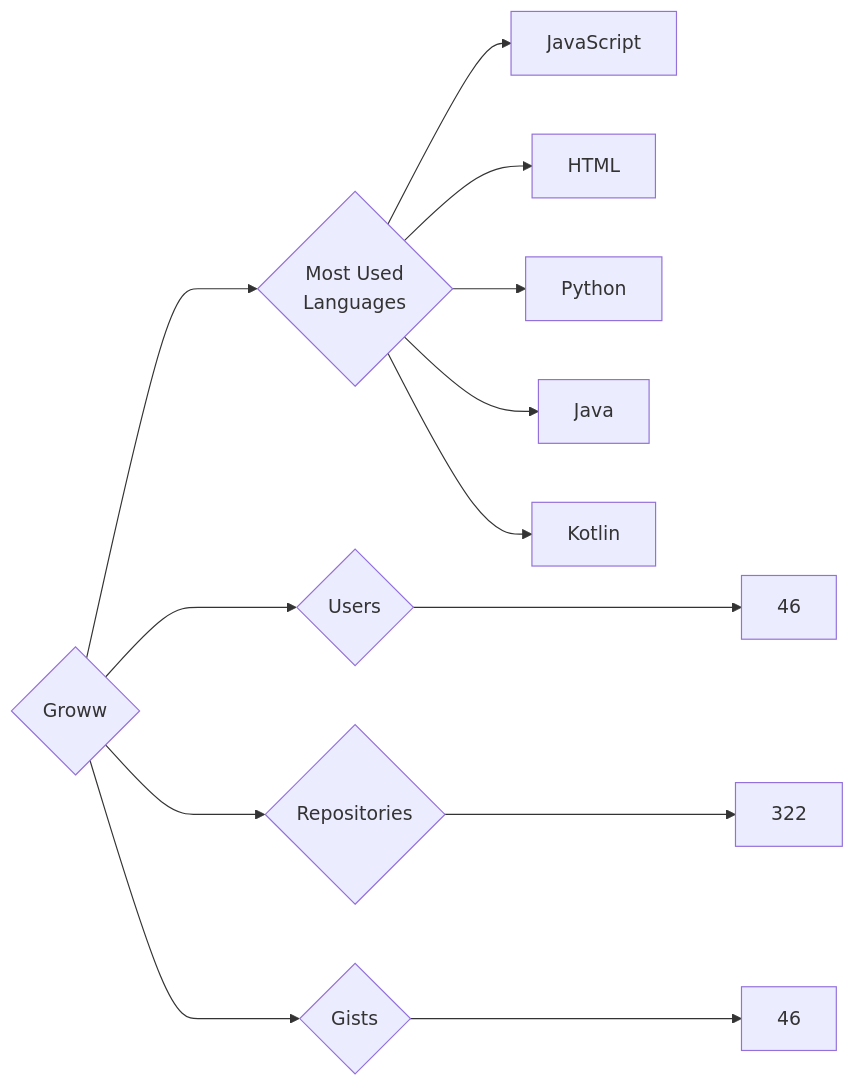
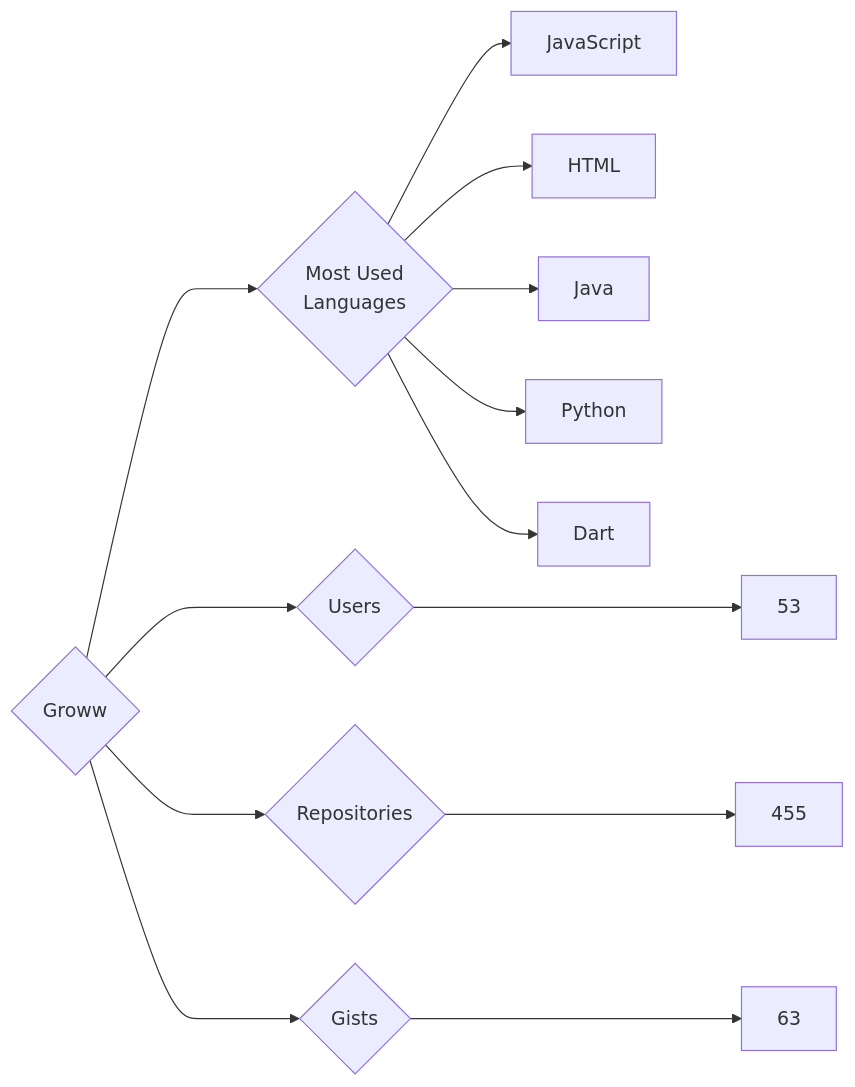
The diagram in targets/Groww/README.md (trickest/insiders), drawn with Mermaid before and after one commit. The commit also changed 682 other files, not shown here.

````diff
--- a/targets/Groww/README.md
+++ b/targets/Groww/README.md
@@ -3,13 +3,13 @@
 ```mermaid
 graph LR
 COMPANY_NAME{Groww}
-COMPANY_NAME ---> U{Users} ---> UN[46]
-COMPANY_NAME ---> R{Repositories} ---> RN[322]
-COMPANY_NAME ---> G{Gists} ---> GN[46]
+COMPANY_NAME ---> U{Users} ---> UN[53]
+COMPANY_NAME ---> R{Repositories} ---> RN[455]
+COMPANY_NAME ---> G{Gists} ---> GN[63]
 COMPANY_NAME ---> ML{Most Used<br>Languages}
 ML --> JavaScript[JavaScript]
 ML --> HTML[HTML]
+ML --> Java[Java]
 ML --> Python[Python]
-ML --> Java[Java]
-ML --> Kotlin[Kotlin]
+ML --> Dart[Dart]
 ```
````
